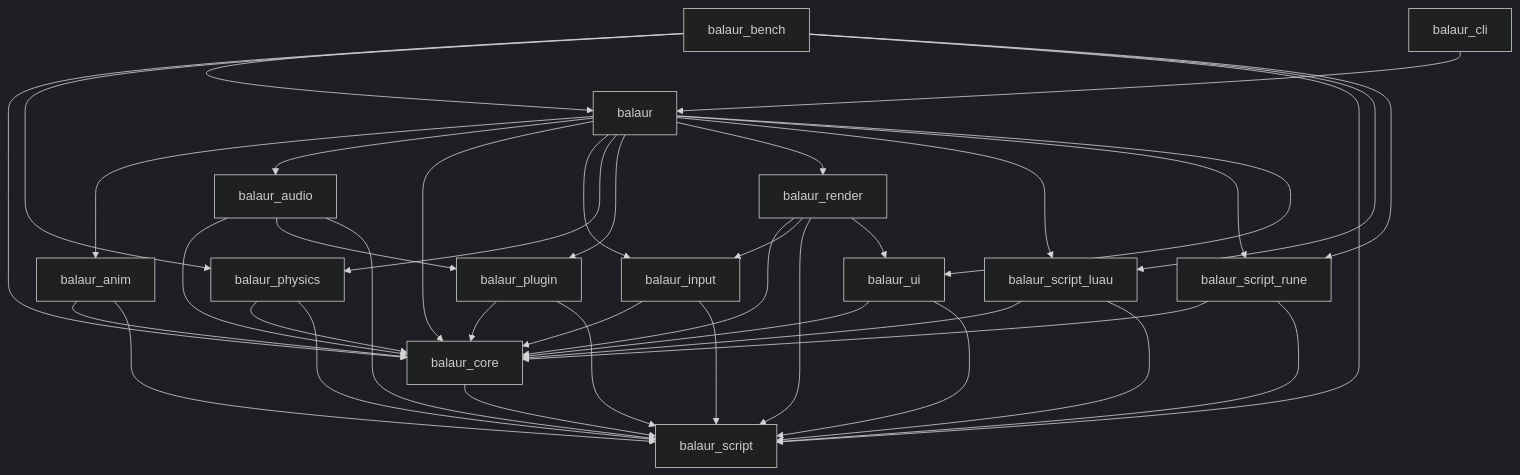
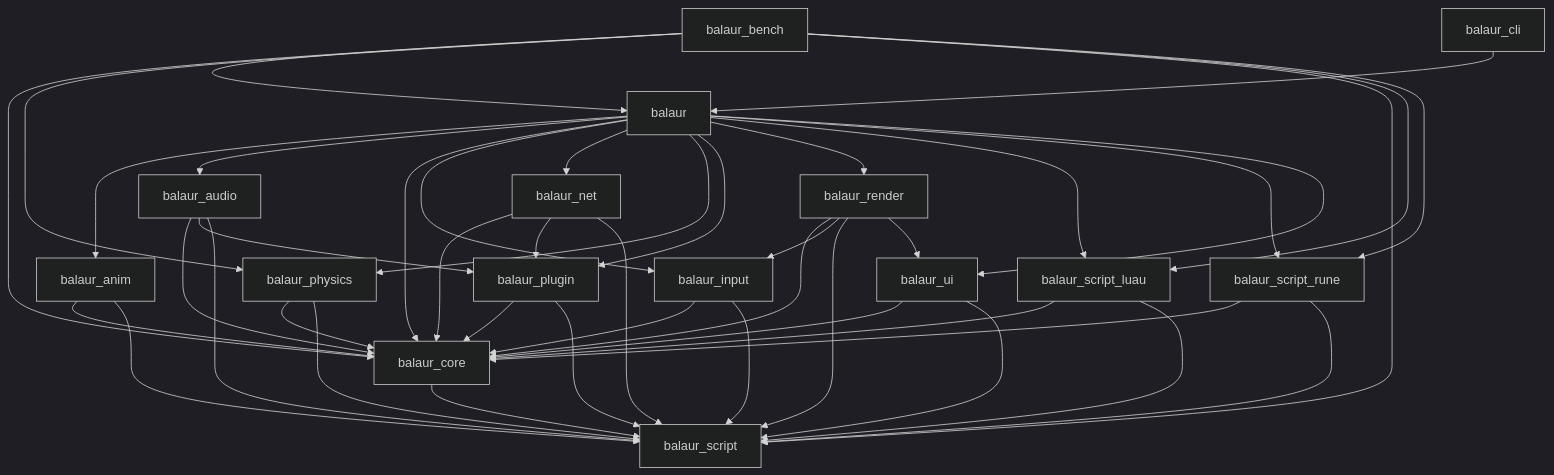
The diagram in docs/generated/crate-graph.md (balaurengine/balaur), drawn with Mermaid (dark theme) before and after one commit. The commit also changed 29 other files, not shown here.

Commit message:
Add balaur net

````diff
--- a/docs/generated/crate-graph.md
+++ b/docs/generated/crate-graph.md
@@ -8,56 +8,61 @@
 ```mermaid
 graph TD
   balaur[balaur]
   balaur_anim[balaur_anim]
   balaur_audio[balaur_audio]
   balaur_bench[balaur_bench]
   balaur_cli[balaur_cli]
   balaur_core[balaur_core]
   balaur_input[balaur_input]
+  balaur_net[balaur_net]
   balaur_physics[balaur_physics]
   balaur_plugin[balaur_plugin]
   balaur_render[balaur_render]
   balaur_script[balaur_script]
   balaur_script_luau[balaur_script_luau]
   balaur_script_rune[balaur_script_rune]
   balaur_ui[balaur_ui]
   balaur --> balaur_anim
   balaur --> balaur_audio
   balaur --> balaur_core
   balaur --> balaur_input
+  balaur --> balaur_net
   balaur --> balaur_physics
   balaur --> balaur_plugin
   balaur --> balaur_render
   balaur --> balaur_script_luau
   balaur --> balaur_script_rune
   balaur --> balaur_ui
   balaur_anim --> balaur_core
   balaur_anim --> balaur_script
   balaur_audio --> balaur_core
   balaur_audio --> balaur_plugin
   balaur_audio --> balaur_script
   balaur_bench --> balaur
   balaur_bench --> balaur_core
   balaur_bench --> balaur_physics
   balaur_bench --> balaur_script
   balaur_bench --> balaur_script_luau
   balaur_bench --> balaur_script_rune
   balaur_cli --> balaur
   balaur_core --> balaur_script
   balaur_input --> balaur_core
   balaur_input --> balaur_script
+  balaur_net --> balaur_core
+  balaur_net --> balaur_plugin
+  balaur_net --> balaur_script
   balaur_physics --> balaur_core
   balaur_physics --> balaur_script
   balaur_plugin --> balaur_core
   balaur_plugin --> balaur_script
   balaur_render --> balaur_core
   balaur_render --> balaur_input
   balaur_render --> balaur_script
   balaur_render --> balaur_ui
   balaur_script_luau --> balaur_core
   balaur_script_luau --> balaur_script
   balaur_script_rune --> balaur_core
   balaur_script_rune --> balaur_script
   balaur_ui --> balaur_core
   balaur_ui --> balaur_script
 ```
````
